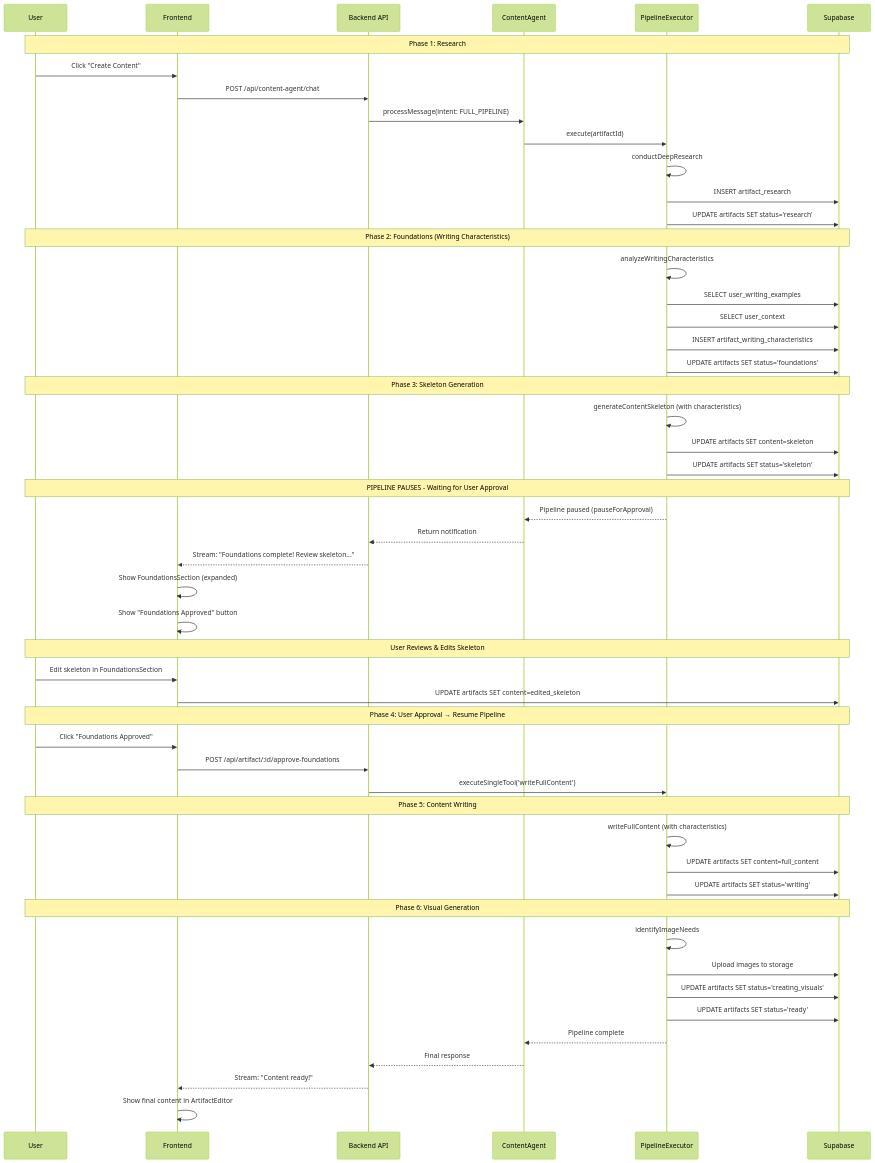
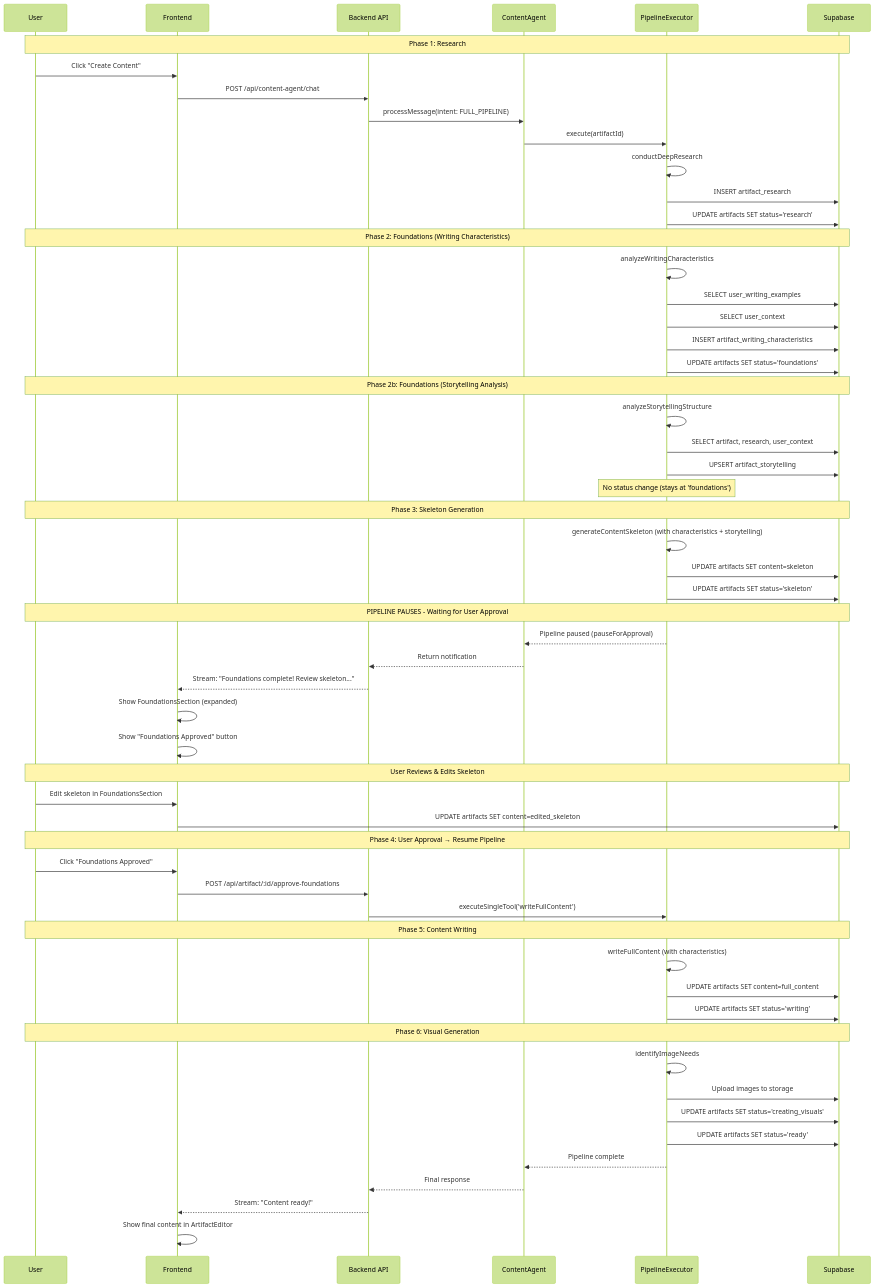
The first of 7 diagrams in docs/ai-agents-and-prompts/pipeline-execution-flow.md (kobiagi-builder/nextup), drawn with Mermaid (forest theme) before and after one commit. The commit also changed other lines of this file and 133 other files, not shown here.

````diff
--- a/docs/ai-agents-and-prompts/pipeline-execution-flow.md
+++ b/docs/ai-agents-and-prompts/pipeline-execution-flow.md
@@ -28,63 +41,69 @@
 ```mermaid
 sequenceDiagram
     participant User
     participant FE as Frontend
     participant BE as Backend API
     participant CA as ContentAgent
     participant PE as PipelineExecutor
     participant DB as Supabase
 
     Note over User,DB: Phase 1: Research
     User->>FE: Click "Create Content"
     FE->>BE: POST /api/content-agent/chat
     BE->>CA: processMessage(intent: FULL_PIPELINE)
     CA->>PE: execute(artifactId)
     PE->>PE: conductDeepResearch
     PE->>DB: INSERT artifact_research
     PE->>DB: UPDATE artifacts SET status='research'
 
     Note over User,DB: Phase 2: Foundations (Writing Characteristics)
     PE->>PE: analyzeWritingCharacteristics
     PE->>DB: SELECT user_writing_examples
     PE->>DB: SELECT user_context
     PE->>DB: INSERT artifact_writing_characteristics
     PE->>DB: UPDATE artifacts SET status='foundations'
 
+    Note over User,DB: Phase 2b: Foundations (Storytelling Analysis)
+    PE->>PE: analyzeStorytellingStructure
+    PE->>DB: SELECT artifact, research, user_context
+    PE->>DB: UPSERT artifact_storytelling
+    Note over PE: No status change (stays at 'foundations')
+
     Note over User,DB: Phase 3: Skeleton Generation
-    PE->>PE: generateContentSkeleton (with characteristics)
+    PE->>PE: generateContentSkeleton (with characteristics + storytelling)
     PE->>DB: UPDATE artifacts SET content=skeleton
     PE->>DB: UPDATE artifacts SET status='skeleton'
 
     Note over User,DB: PIPELINE PAUSES - Waiting for User Approval
 
     PE-->>CA: Pipeline paused (pauseForApproval)
     CA-->>BE: Return notification
     BE-->>FE: Stream: "Foundations complete! Review skeleton..."
     FE->>FE: Show FoundationsSection (expanded)
     FE->>FE: Show "Foundations Approved" button
 
     Note over User,DB: User Reviews & Edits Skeleton
     User->>FE: Edit skeleton in FoundationsSection
     FE->>DB: UPDATE artifacts SET content=edited_skeleton
 
     Note over User,DB: Phase 4: User Approval → Resume Pipeline
     User->>FE: Click "Foundations Approved"
     FE->>BE: POST /api/artifact/:id/approve-foundations
     BE->>PE: executeSingleTool('writeFullContent')
 
     Note over User,DB: Phase 5: Content Writing
     PE->>PE: writeFullContent (with characteristics)
     PE->>DB: UPDATE artifacts SET content=full_content
     PE->>DB: UPDATE artifacts SET status='writing'
 
     Note over User,DB: Phase 6: Visual Generation
     PE->>PE: identifyImageNeeds
     PE->>DB: Upload images to storage
     PE->>DB: UPDATE artifacts SET status='creating_visuals'
     PE->>DB: UPDATE artifacts SET status='ready'
 
     PE-->>CA: Pipeline complete
     CA-->>BE: Final response
     BE-->>FE: Stream: "Content ready!"
     FE->>FE: Show final content in ArtifactEditor
 ```
````
